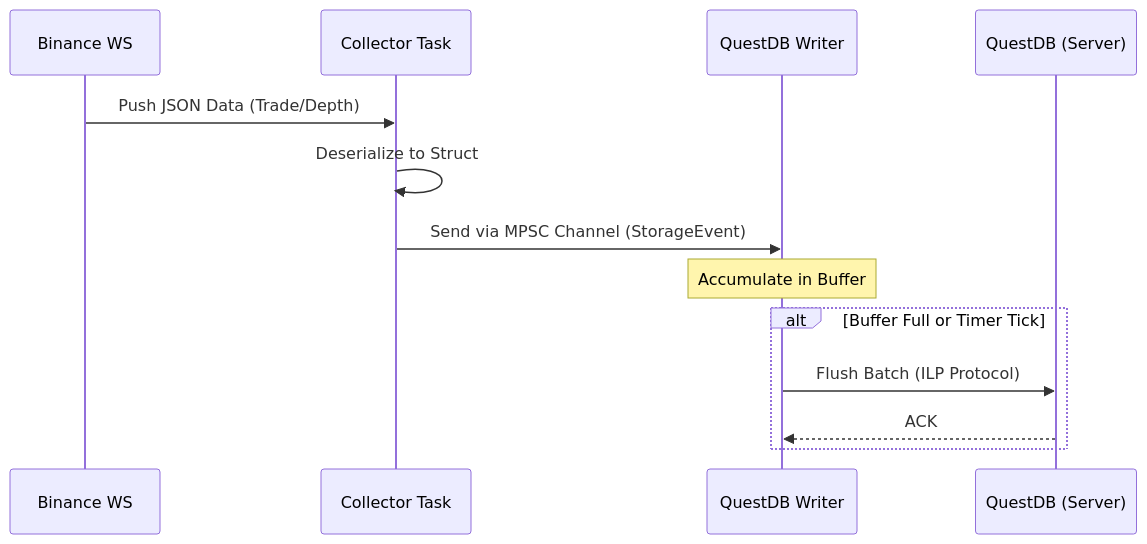
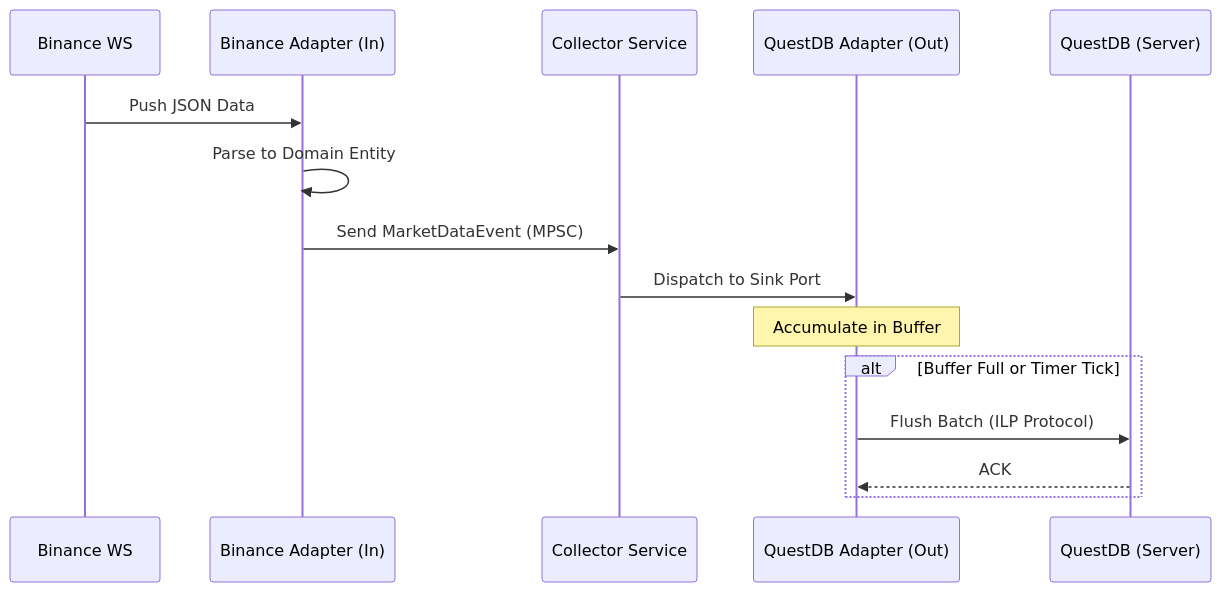
Before and after one commit to juny0955/trading-bot: the first of 2 diagrams in docs/03_data_flow.md, drawn with Mermaid. The commit also changed other lines of this file and 32 other files, not shown here.

````diff
--- a/docs/03_data_flow.md
+++ b/docs/03_data_flow.md
@@ -17,16 +18,18 @@
 ```mermaid
 sequenceDiagram
     participant B as Binance WS
-    participant C as Collector Task
-    participant QW as QuestDB Writer
+    participant BA as Binance Adapter (In)
+    participant C as Collector Service
+    participant QA as QuestDB Adapter (Out)
     participant Q as QuestDB (Server)
 
-    B->>C: Push JSON Data (Trade/Depth)
-    C->>C: Deserialize to Struct
-    C->>QW: Send via MPSC Channel (StorageEvent)
-    Note over QW: Accumulate in Buffer
+    B->>BA: Push JSON Data
+    BA->>BA: Parse to Domain Entity
+    BA->>C: Send MarketDataEvent (MPSC)
+    C->>QA: Dispatch to Sink Port
+    Note over QA: Accumulate in Buffer
     alt Buffer Full or Timer Tick
-        QW->>Q: Flush Batch (ILP Protocol)
-        Q-->>QW: ACK
+        QA->>Q: Flush Batch (ILP Protocol)
+        Q-->>QA: ACK
     end
 ```
````
